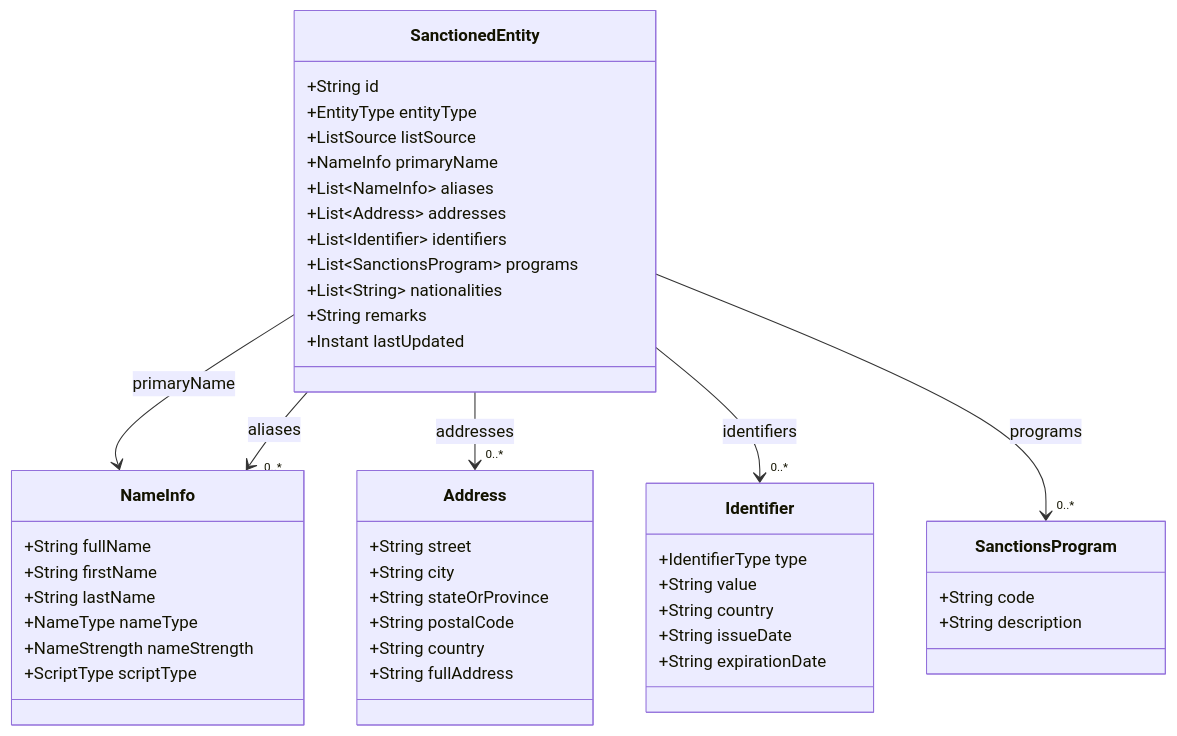
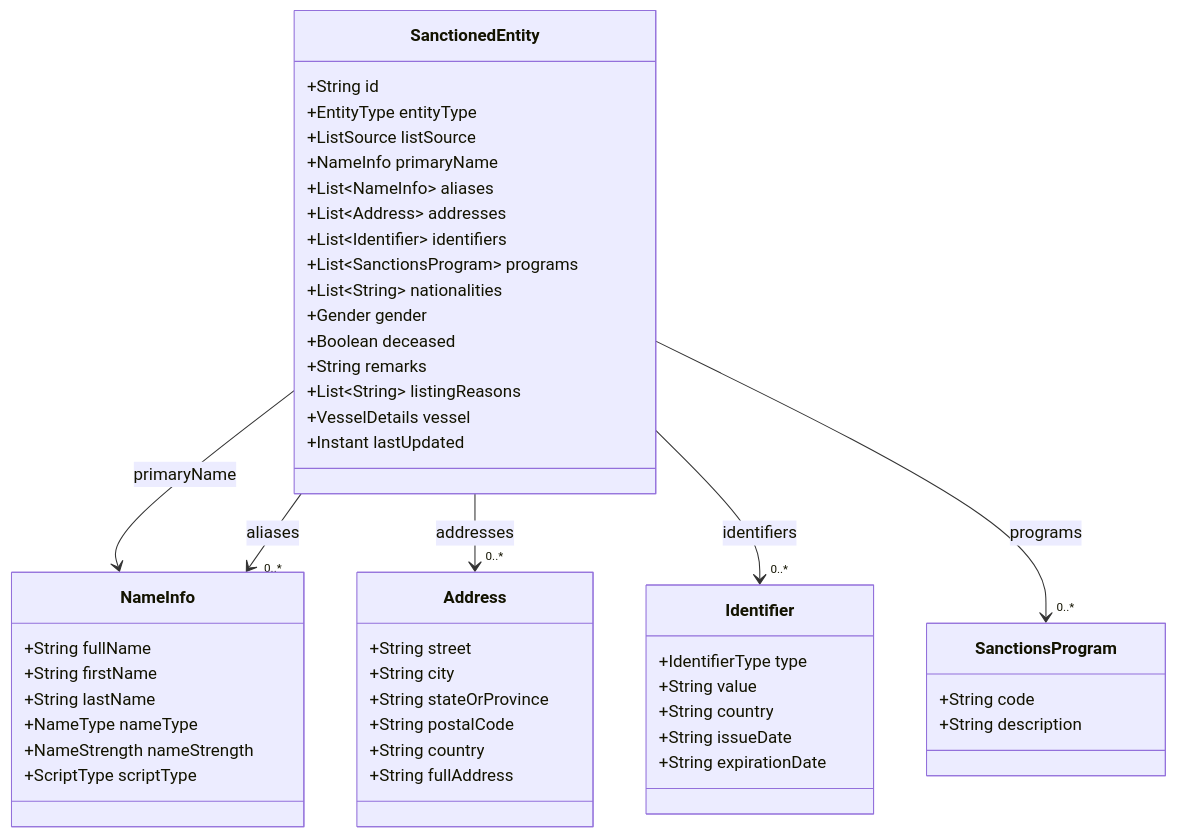
One commit to AbgarSim/sieve-aml changed the third of 4 diagrams in docs/architecture/data-flow.rst. Above: the diagram before and after it, drawn with Mermaid. The commit also changed 33 other files, not shown here.

First line of the commit message:
Keep the gender, death, reasons and vessel details the lists give

```diff
--- a/docs/architecture/data-flow.rst
+++ b/docs/architecture/data-flow.rst
@@ -73,53 +73,57 @@
 .. mermaid::
 
    classDiagram
        class SanctionedEntity {
            +String id
            +EntityType entityType
            +ListSource listSource
            +NameInfo primaryName
            +List~NameInfo~ aliases
            +List~Address~ addresses
            +List~Identifier~ identifiers
            +List~SanctionsProgram~ programs
            +List~String~ nationalities
+           +Gender gender
+           +Boolean deceased
            +String remarks
+           +List~String~ listingReasons
+           +VesselDetails vessel
            +Instant lastUpdated
        }
 
        class NameInfo {
            +String fullName
            +String firstName
            +String lastName
            +NameType nameType
            +NameStrength nameStrength
            +ScriptType scriptType
        }
 
        class Address {
            +String street
            +String city
            +String stateOrProvince
            +String postalCode
            +String country
            +String fullAddress
        }
 
        class Identifier {
            +IdentifierType type
            +String value
            +String country
            +String issueDate
            +String expirationDate
        }
 
        class SanctionsProgram {
            +String code
            +String description
        }
 
        SanctionedEntity --> NameInfo : primaryName
        SanctionedEntity --> "0..*" NameInfo : aliases
        SanctionedEntity --> "0..*" Address : addresses
        SanctionedEntity --> "0..*" Identifier : identifiers
        SanctionedEntity --> "0..*" SanctionsProgram : programs
```
